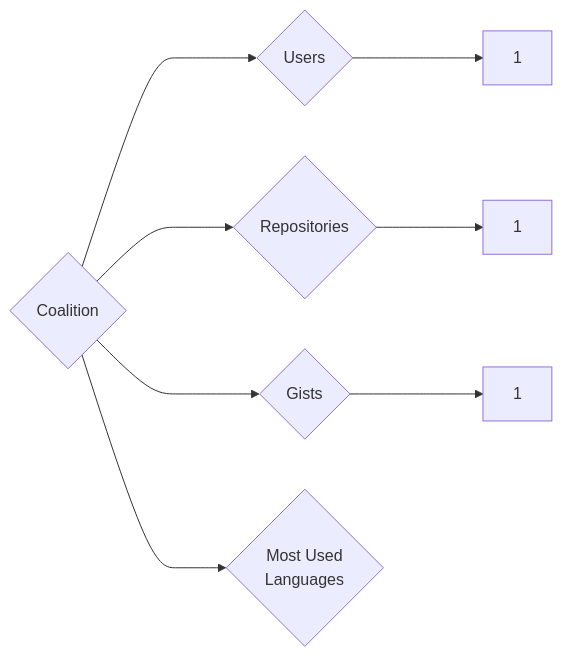
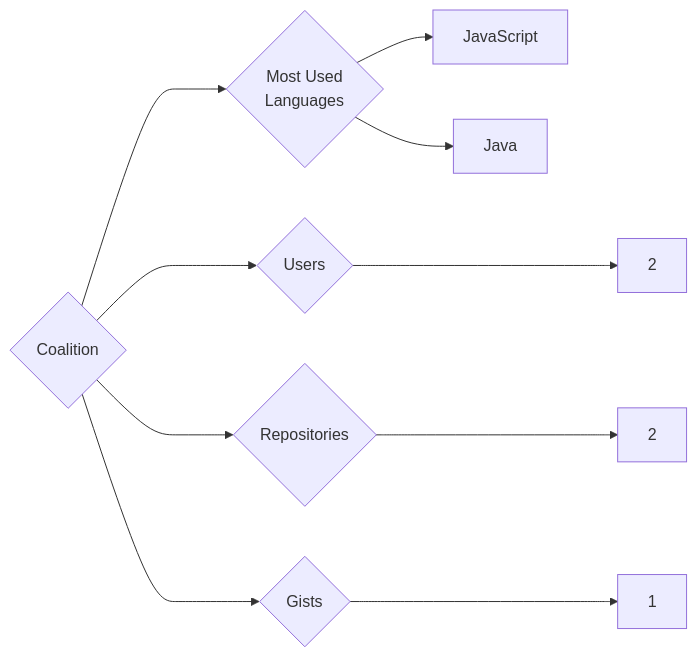
One commit to trickest/insiders changed the diagram in targets/Coalition/README.md. Above: the diagram before and after it, drawn with Mermaid. The commit also changed 1084 other files, not shown here.

````diff
--- a/targets/Coalition/README.md
+++ b/targets/Coalition/README.md
@@ -3,8 +3,10 @@
 ```mermaid
 graph LR
 COMPANY_NAME{Coalition}
-COMPANY_NAME ---> U{Users} ---> UN[1]
-COMPANY_NAME ---> R{Repositories} ---> RN[1]
+COMPANY_NAME ---> U{Users} ---> UN[2]
+COMPANY_NAME ---> R{Repositories} ---> RN[2]
 COMPANY_NAME ---> G{Gists} ---> GN[1]
 COMPANY_NAME ---> ML{Most Used<br>Languages}
+ML --> JavaScript[JavaScript]
+ML --> Java[Java]
 ```
````
